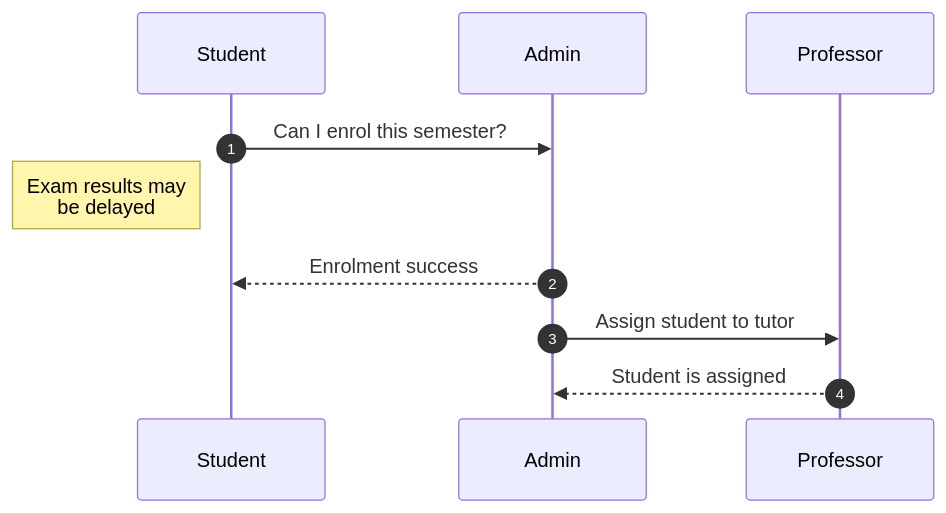
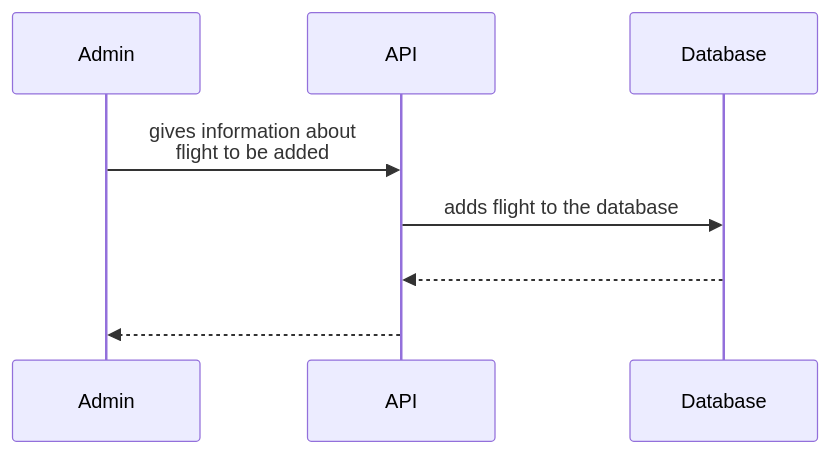
Before and after one commit to selous1/FlightsData: the fifth of 7 diagrams in proj-information.md, drawn with Mermaid. The commit also changed other lines of this file, not shown here.

````diff
--- a/proj-information.md
+++ b/proj-information.md
@@ -310,9 +282,10 @@
 ```mermaid
+
 sequenceDiagram
-    autonumber
-    Student->>Admin: Can I enrol this semester?
-    Note left of Student: Exam results may <br> be delayed
-    Admin-->>Student: Enrolment success
-    Admin->>Professor: Assign student to tutor
-    Professor-->>Admin: Student is assigned
+
+  Admin->>API: gives information about <br> flight to be added
+	API->>Database: adds flight to the database
+	Database-->>API: ㅤ 
+  API-->>Admin: ㅤ
+
 ```
````
